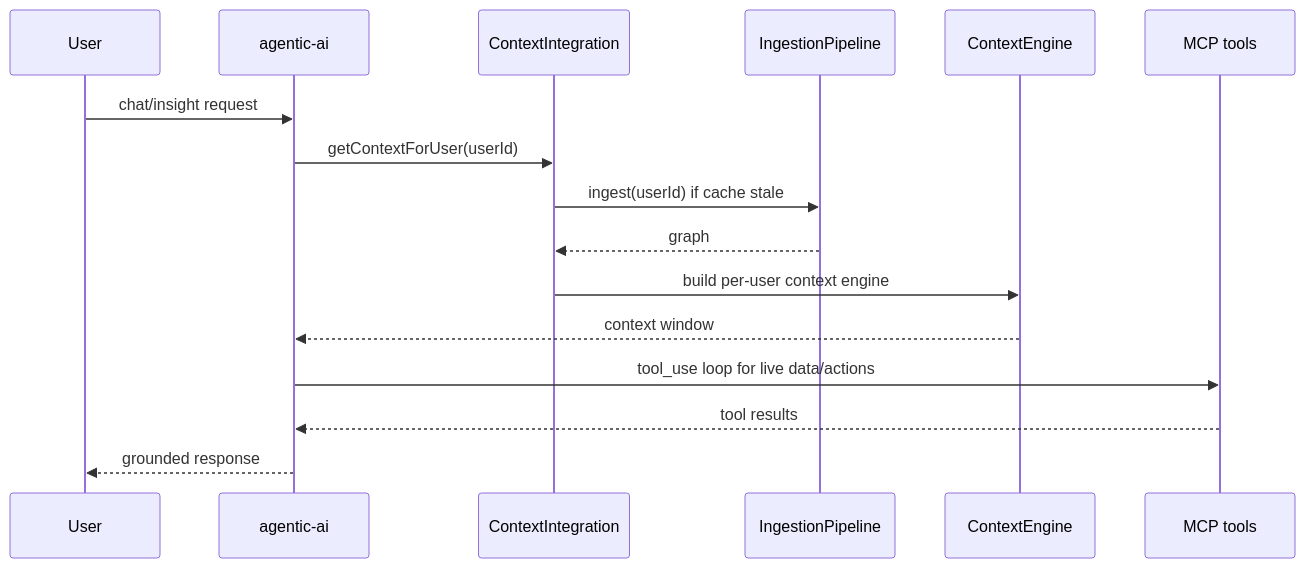
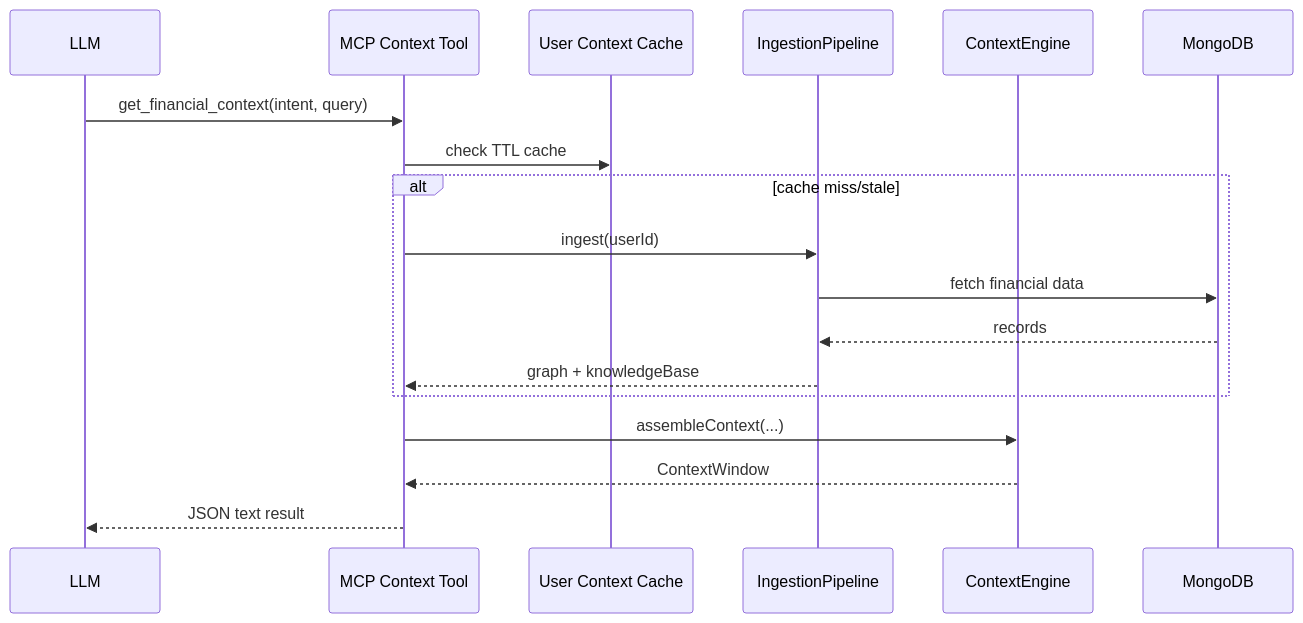
The eighth of 13 diagrams in TECH_DOCS.md (hoangsonww/WealthWise-Finance-Tracker), drawn with Mermaid before and after one commit. The commit also changed other lines of this file, not shown here.

Commit message:
feat(context): enhance context integration for user-specific financial prompts and architecture documentation

````diff
--- a/TECH_DOCS.md
+++ b/TECH_DOCS.md
@@ -102,19 +312,21 @@
 ```mermaid
 sequenceDiagram
-    participant User
-    participant AI as agentic-ai
-    participant CI as ContextIntegration
-    participant PIPE as IngestionPipeline
+    participant LLM
+    participant MCP as MCP Context Tool
+    participant Cache as User Context Cache
+    participant Pipe as IngestionPipeline
     participant CE as ContextEngine
-    participant MCP as MCP tools
+    participant DB as MongoDB
 
-    User->>AI: chat/insight request
-    AI->>CI: getContextForUser(userId)
-    CI->>PIPE: ingest(userId) if cache stale
-    PIPE-->>CI: graph
-    CI->>CE: build per-user context engine
-    CE-->>AI: context window
-    AI->>MCP: tool_use loop for live data/actions
-    MCP-->>AI: tool results
-    AI-->>User: grounded response
+    LLM->>MCP: get_financial_context(intent, query)
+    MCP->>Cache: check TTL cache
+    alt cache miss/stale
+        MCP->>Pipe: ingest(userId)
+        Pipe->>DB: fetch financial data
+        DB-->>Pipe: records
+        Pipe-->>MCP: graph + knowledgeBase
+    end
+    MCP->>CE: assembleContext(...)
+    CE-->>MCP: ContextWindow
+    MCP-->>LLM: JSON text result
 ```
````
